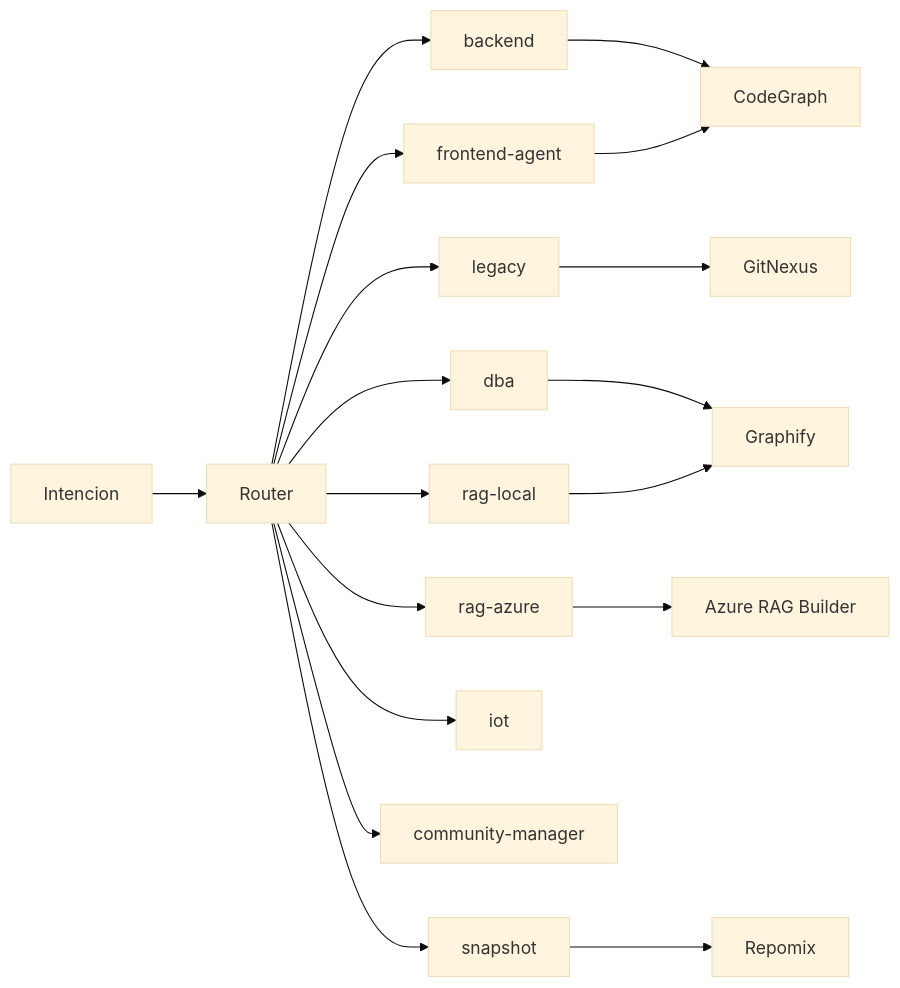
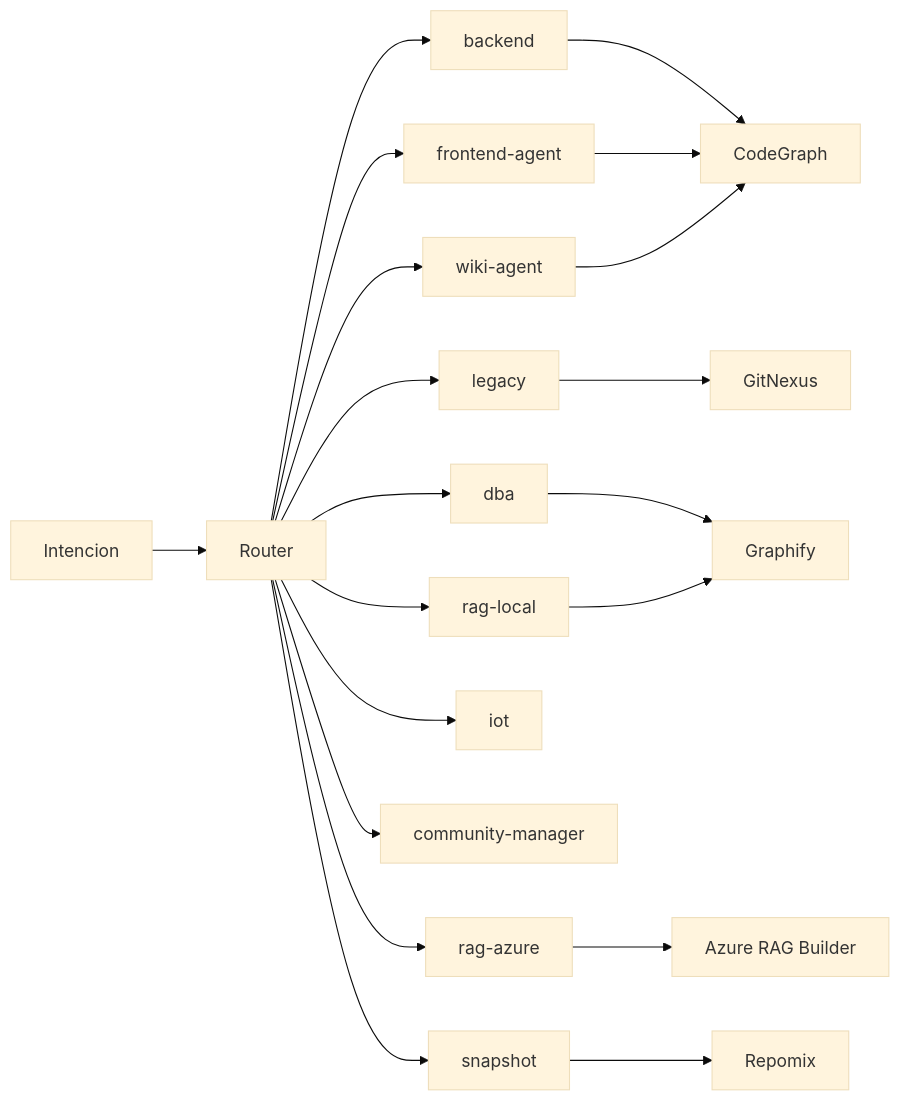
One commit to Sertxito/mcp-efficiency-engine changed the diagram in AGENTS.md. Above: the diagram before and after it, drawn with Mermaid (base theme). The commit also changed other lines of this file and 24 other files, not shown here.

Commit message:
feat(autodocs): integrate wiki-agent, incremental projection engine and PR/push automation

````diff
--- a/AGENTS.md
+++ b/AGENTS.md
@@ -91,20 +94,22 @@
 ```mermaid
 flowchart LR
   I[Intencion] --> RT[Router]
   RT --> DEV[backend]
   RT --> FE[frontend-agent]
   RT --> LEG[legacy]
   RT --> DBA[dba]
   RT --> RLOCAL[rag-local]
   RT --> RAZ[rag-azure]
   RT --> IOT[iot]
   RT --> COM[community-manager]
+  RT --> WIKI[wiki-agent]
   RT --> SNAP[snapshot]
   DEV --> CG[CodeGraph]
   FE --> CG
   LEG --> GN[GitNexus]
   DBA --> GF[Graphify]
   RLOCAL --> GF
   RAZ --> AZRAG[Azure RAG Builder]
+  WIKI --> CG
   SNAP --> RPX[Repomix]
 ```
````
